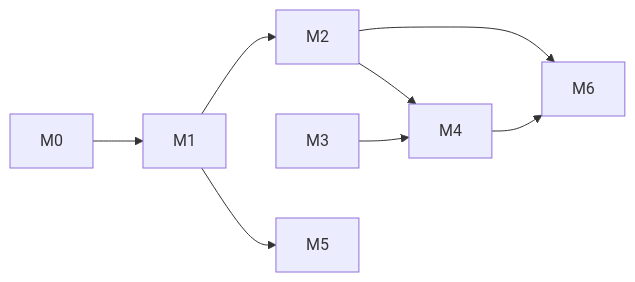
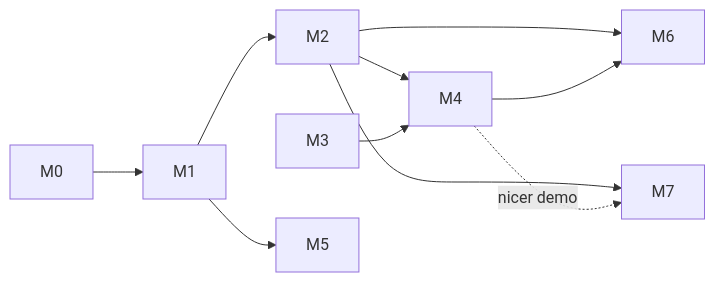
Before and after one commit to g-terra/rag-workspaces: the diagram in docs/work-breakdown.md, drawn with Mermaid. The commit also changed other lines of this file and 3 other files, not shown here.

First line of the commit message:
docs: plan review - flow contract, failure handling, trust boundaries, earlier hand-in

````diff
--- a/docs/work-breakdown.md
+++ b/docs/work-breakdown.md
@@ -19,8 +20,10 @@
 ```mermaid
 flowchart LR
   M0 --> M1 --> M2 --> M4
   M3 --> M4
   M1 --> M5
   M2 --> M6
   M4 --> M6
+  M2 --> M7
+  M4 -. nicer demo .-> M7
 ```
````
